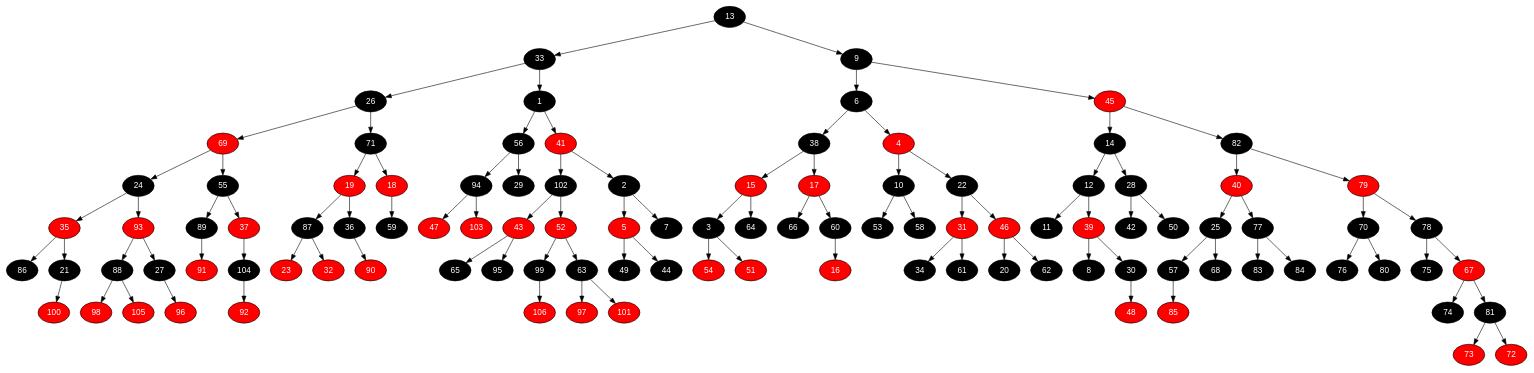
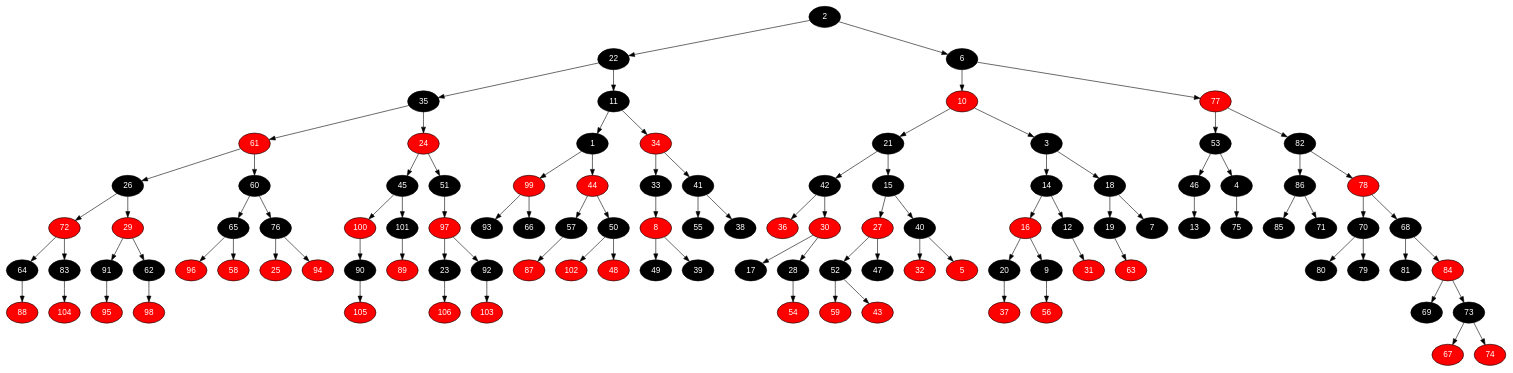
One commit to marcotuiio/Data_Structures changed the diagram in T3/outputs/02-mar-pequeno-3pares-naus_mc-01-tudo-baixo.dot. Above: the diagram before and after it, drawn with Graphviz. The commit also changed 634 other files, not shown here.

```diff
--- a/T3/outputs/02-mar-pequeno-3pares-naus_mc-01-tudo-baixo.dot
+++ b/T3/outputs/02-mar-pequeno-3pares-naus_mc-01-tudo-baixo.dot
@@ -3,217 +3,217 @@
 	edge [fontname="Helvetica,Arial,sans-serif" color="black"]
 
 	{
+		node [fillcolor=" black" fontcolor=" white"] 2 
+		node [fillcolor=" black" fontcolor=" white"] 22 
+		node [fillcolor=" black" fontcolor=" white"] 35 
+		node [fillcolor=" red" fontcolor=" white"] 61 
+		node [fillcolor=" black" fontcolor=" white"] 26 
+		node [fillcolor=" red" fontcolor=" white"] 72 
+		node [fillcolor=" black" fontcolor=" white"] 64 
+		node [fillcolor=" red" fontcolor=" white"] 88 
+		node [fillcolor=" black" fontcolor=" white"] 83 
+		node [fillcolor=" red" fontcolor=" white"] 104 
+		node [fillcolor=" red" fontcolor=" white"] 29 
+		node [fillcolor=" black" fontcolor=" white"] 91 
+		node [fillcolor=" red" fontcolor=" white"] 95 
+		node [fillcolor=" black" fontcolor=" white"] 62 
+		node [fillcolor=" red" fontcolor=" white"] 98 
+		node [fillcolor=" black" fontcolor=" white"] 60 
+		node [fillcolor=" black" fontcolor=" white"] 65 
+		node [fillcolor=" red" fontcolor=" white"] 96 
+		node [fillcolor=" red" fontcolor=" white"] 58 
+		node [fillcolor=" black" fontcolor=" white"] 76 
+		node [fillcolor=" red" fontcolor=" white"] 25 
+		node [fillcolor=" red" fontcolor=" white"] 94 
+		node [fillcolor=" red" fontcolor=" white"] 24 
+		node [fillcolor=" black" fontcolor=" white"] 45 
+		node [fillcolor=" red" fontcolor=" white"] 100 
+		node [fillcolor=" black" fontcolor=" white"] 90 
+		node [fillcolor=" red" fontcolor=" white"] 105 
+		node [fillcolor=" black" fontcolor=" white"] 101 
+		node [fillcolor=" red" fontcolor=" white"] 89 
+		node [fillcolor=" black" fontcolor=" white"] 51 
+		node [fillcolor=" red" fontcolor=" white"] 97 
+		node [fillcolor=" black" fontcolor=" white"] 23 
+		node [fillcolor=" red" fontcolor=" white"] 106 
+		node [fillcolor=" black" fontcolor=" white"] 92 
+		node [fillcolor=" red" fontcolor=" white"] 103 
+		node [fillcolor=" black" fontcolor=" white"] 11 
+		node [fillcolor=" black" fontcolor=" white"] 1 
+		node [fillcolor=" red" fontcolor=" white"] 99 
+		node [fillcolor=" black" fontcolor=" white"] 93 
+		node [fillcolor=" black" fontcolor=" white"] 66 
+		node [fillcolor=" red" fontcolor=" white"] 44 
+		node [fillcolor=" black" fontcolor=" white"] 57 
+		node [fillcolor=" red" fontcolor=" white"] 87 
+		node [fillcolor=" black" fontcolor=" white"] 50 
+		node [fillcolor=" red" fontcolor=" white"] 102 
+		node [fillcolor=" red" fontcolor=" white"] 48 
+		node [fillcolor=" red" fontcolor=" white"] 34 
+		node [fillcolor=" black" fontcolor=" white"] 33 
+		node [fillcolor=" red" fontcolor=" white"] 8 
+		node [fillcolor=" black" fontcolor=" white"] 49 
+		node [fillcolor=" black" fontcolor=" white"] 39 
+		node [fillcolor=" black" fontcolor=" white"] 41 
+		node [fillcolor=" black" fontcolor=" white"] 55 
+		node [fillcolor=" black" fontcolor=" white"] 38 
+		node [fillcolor=" black" fontcolor=" white"] 6 
+		node [fillcolor=" red" fontcolor=" white"] 10 
+		node [fillcolor=" black" fontcolor=" white"] 21 
+		node [fillcolor=" black" fontcolor=" white"] 42 
+		node [fillcolor=" red" fontcolor=" white"] 36 
+		node [fillcolor=" red" fontcolor=" white"] 30 
+		node [fillcolor=" black" fontcolor=" white"] 17 
+		node [fillcolor=" black" fontcolor=" white"] 28 
+		node [fillcolor=" red" fontcolor=" white"] 54 
+		node [fillcolor=" black" fontcolor=" white"] 15 
+		node [fillcolor=" red" fontcolor=" white"] 27 
+		node [fillcolor=" black" fontcolor=" white"] 52 
+		node [fillcolor=" red" fontcolor=" white"] 59 
+		node [fillcolor=" red" fontcolor=" white"] 43 
+		node [fillcolor=" black" fontcolor=" white"] 47 
+		node [fillcolor=" black" fontcolor=" white"] 40 
+		node [fillcolor=" red" fontcolor=" white"] 32 
+		node [fillcolor=" red" fontcolor=" white"] 5 
+		node [fillcolor=" black" fontcolor=" white"] 3 
+		node [fillcolor=" black" fontcolor=" white"] 14 
+		node [fillcolor=" red" fontcolor=" white"] 16 
+		node [fillcolor=" black" fontcolor=" white"] 20 
+		node [fillcolor=" red" fontcolor=" white"] 37 
+		node [fillcolor=" black" fontcolor=" white"] 9 
+		node [fillcolor=" red" fontcolor=" white"] 56 
+		node [fillcolor=" black" fontcolor=" white"] 12 
+		node [fillcolor=" red" fontcolor=" white"] 31 
+		node [fillcolor=" black" fontcolor=" white"] 18 
+		node [fillcolor=" black" fontcolor=" white"] 19 
+		node [fillcolor=" red" fontcolor=" white"] 63 
+		node [fillcolor=" black" fontcolor=" white"] 7 
+		node [fillcolor=" red" fontcolor=" white"] 77 
+		node [fillcolor=" black" fontcolor=" white"] 53 
+		node [fillcolor=" black" fontcolor=" white"] 46 
 		node [fillcolor=" black" fontcolor=" white"] 13 
-		node [fillcolor=" black" fontcolor=" white"] 33 
-		node [fillcolor=" black" fontcolor=" white"] 26 
-		node [fillcolor=" red" fontcolor=" white"] 69 
-		node [fillcolor=" black" fontcolor=" white"] 24 
-		node [fillcolor=" red" fontcolor=" white"] 35 
+		node [fillcolor=" black" fontcolor=" white"] 4 
+		node [fillcolor=" black" fontcolor=" white"] 75 
+		node [fillcolor=" black" fontcolor=" white"] 82 
 		node [fillcolor=" black" fontcolor=" white"] 86 
-		node [fillcolor=" black" fontcolor=" white"] 21 
-		node [fillcolor=" red" fontcolor=" white"] 100 
-		node [fillcolor=" red" fontcolor=" white"] 93 
-		node [fillcolor=" black" fontcolor=" white"] 88 
-		node [fillcolor=" red" fontcolor=" white"] 98 
-		node [fillcolor=" red" fontcolor=" white"] 105 
-		node [fillcolor=" black" fontcolor=" white"] 27 
-		node [fillcolor=" red" fontcolor=" white"] 96 
-		node [fillcolor=" black" fontcolor=" white"] 55 
-		node [fillcolor=" black" fontcolor=" white"] 89 
-		node [fillcolor=" red" fontcolor=" white"] 91 
-		node [fillcolor=" red" fontcolor=" white"] 37 
-		node [fillcolor=" black" fontcolor=" white"] 104 
-		node [fillcolor=" red" fontcolor=" white"] 92 
+		node [fillcolor=" black" fontcolor=" white"] 85 
 		node [fillcolor=" black" fontcolor=" white"] 71 
-		node [fillcolor=" red" fontcolor=" white"] 19 
-		node [fillcolor=" black" fontcolor=" white"] 87 
-		node [fillcolor=" red" fontcolor=" white"] 23 
-		node [fillcolor=" red" fontcolor=" white"] 32 
-		node [fillcolor=" black" fontcolor=" white"] 36 
-		node [fillcolor=" red" fontcolor=" white"] 90 
-		node [fillcolor=" red" fontcolor=" white"] 18 
-		node [fillcolor=" black" fontcolor=" white"] 59 
-		node [fillcolor=" black" fontcolor=" white"] 1 
-		node [fillcolor=" black" fontcolor=" white"] 56 
-		node [fillcolor=" black" fontcolor=" white"] 94 
-		node [fillcolor=" red" fontcolor=" white"] 47 
-		node [fillcolor=" red" fontcolor=" white"] 103 
-		node [fillcolor=" black" fontcolor=" white"] 29 
-		node [fillcolor=" red" fontcolor=" white"] 41 
-		node [fillcolor=" black" fontcolor=" white"] 102 
-		node [fillcolor=" red" fontcolor=" white"] 43 
-		node [fillcolor=" black" fontcolor=" white"] 65 
-		node [fillcolor=" black" fontcolor=" white"] 95 
-		node [fillcolor=" red" fontcolor=" white"] 52 
-		node [fillcolor=" black" fontcolor=" white"] 99 
-		node [fillcolor=" red" fontcolor=" white"] 106 
-		node [fillcolor=" black" fontcolor=" white"] 63 
-		node [fillcolor=" red" fontcolor=" white"] 97 
-		node [fillcolor=" red" fontcolor=" white"] 101 
-		node [fillcolor=" black" fontcolor=" white"] 2 
-		node [fillcolor=" red" fontcolor=" white"] 5 
-		node [fillcolor=" black" fontcolor=" white"] 49 
-		node [fillcolor=" black" fontcolor=" white"] 44 
-		node [fillcolor=" black" fontcolor=" white"] 7 
-		node [fillcolor=" black" fontcolor=" white"] 9 
-		node [fillcolor=" black" fontcolor=" white"] 6 
-		node [fillcolor=" black" fontcolor=" white"] 38 
-		node [fillcolor=" red" fontcolor=" white"] 15 
-		node [fillcolor=" black" fontcolor=" white"] 3 
-		node [fillcolor=" red" fontcolor=" white"] 54 
-		node [fillcolor=" red" fontcolor=" white"] 51 
-		node [fillcolor=" black" fontcolor=" white"] 64 
-		node [fillcolor=" red" fontcolor=" white"] 17 
-		node [fillcolor=" black" fontcolor=" white"] 66 
-		node [fillcolor=" black" fontcolor=" white"] 60 
-		node [fillcolor=" red" fontcolor=" white"] 16 
-		node [fillcolor=" red" fontcolor=" white"] 4 
-		node [fillcolor=" black" fontcolor=" white"] 10 
-		node [fillcolor=" black" fontcolor=" white"] 53 
-		node [fillcolor=" black" fontcolor=" white"] 58 
-		node [fillcolor=" black" fontcolor=" white"] 22 
-		node [fillcolor=" red" fontcolor=" white"] 31 
-		node [fillcolor=" black" fontcolor=" white"] 34 
-		node [fillcolor=" black" fontcolor=" white"] 61 
-		node [fillcolor=" red" fontcolor=" white"] 46 
-		node [fillcolor=" black" fontcolor=" white"] 20 
-		node [fillcolor=" black" fontcolor=" white"] 62 
-		node [fillcolor=" red" fontcolor=" white"] 45 
-		node [fillcolor=" black" fontcolor=" white"] 14 
-		node [fillcolor=" black" fontcolor=" white"] 12 
-		node [fillcolor=" black" fontcolor=" white"] 11 
-		node [fillcolor=" red" fontcolor=" white"] 39 
-		node [fillcolor=" black" fontcolor=" white"] 8 
-		node [fillcolor=" black" fontcolor=" white"] 30 
-		node [fillcolor=" red" fontcolor=" white"] 48 
-		node [fillcolor=" black" fontcolor=" white"] 28 
-		node [fillcolor=" black" fontcolor=" white"] 42 
-		node [fillcolor=" black" fontcolor=" white"] 50 
-		node [fillcolor=" black" fontcolor=" white"] 82 
-		node [fillcolor=" red" fontcolor=" white"] 40 
-		node [fillcolor=" black" fontcolor=" white"] 25 
-		node [fillcolor=" black" fontcolor=" white"] 57 
-		node [fillcolor=" red" fontcolor=" white"] 85 
+		node [fillcolor=" red" fontcolor=" white"] 78 
+		node [fillcolor=" black" fontcolor=" white"] 70 
+		node [fillcolor=" black" fontcolor=" white"] 80 
+		node [fillcolor=" black" fontcolor=" white"] 79 
 		node [fillcolor=" black" fontcolor=" white"] 68 
-		node [fillcolor=" black" fontcolor=" white"] 77 
-		node [fillcolor=" black" fontcolor=" white"] 83 
-		node [fillcolor=" black" fontcolor=" white"] 84 
-		node [fillcolor=" red" fontcolor=" white"] 79 
-		node [fillcolor=" black" fontcolor=" white"] 70 
-		node [fillcolor=" black" fontcolor=" white"] 76 
-		node [fillcolor=" black" fontcolor=" white"] 80 
-		node [fillcolor=" black" fontcolor=" white"] 78 
-		node [fillcolor=" black" fontcolor=" white"] 75 
+		node [fillcolor=" black" fontcolor=" white"] 81 
+		node [fillcolor=" red" fontcolor=" white"] 84 
+		node [fillcolor=" black" fontcolor=" white"] 69 
+		node [fillcolor=" black" fontcolor=" white"] 73 
 		node [fillcolor=" red" fontcolor=" white"] 67 
-		node [fillcolor=" black" fontcolor=" white"] 74 
-		node [fillcolor=" black" fontcolor=" white"] 81 
-		node [fillcolor=" red" fontcolor=" white"] 73 
-		node [fillcolor=" red" fontcolor=" white"] 72 
+		node [fillcolor=" red" fontcolor=" white"] 74 
 	}
 
-	13 -> 33 
-	13 -> 9 
-	33 -> 26 
-	33 -> 1 
-	26 -> 69 
-	26 -> 71 
-	69 -> 24 
-	69 -> 55 
-	24 -> 35 
-	24 -> 93 
-	35 -> 86 
-	35 -> 21 
-	21 -> 100 
-	93 -> 88 
-	93 -> 27 
-	88 -> 98 
-	88 -> 105 
-	27 -> 96 
-	55 -> 89 
-	55 -> 37 
-	89 -> 91 
-	37 -> 104 
-	104 -> 92 
-	71 -> 19 
-	71 -> 18 
-	19 -> 87 
-	19 -> 36 
-	87 -> 23 
-	87 -> 32 
-	36 -> 90 
-	18 -> 59 
-	1 -> 56 
-	1 -> 41 
-	56 -> 94 
-	56 -> 29 
-	94 -> 47 
-	94 -> 103 
-	41 -> 102 
-	41 -> 2 
-	102 -> 43 
-	102 -> 52 
-	43 -> 65 
-	43 -> 95 
-	52 -> 99 
-	52 -> 63 
-	99 -> 106 
-	63 -> 97 
-	63 -> 101 
-	2 -> 5 
-	2 -> 7 
-	5 -> 49 
-	5 -> 44 
-	9 -> 6 
-	9 -> 45 
-	6 -> 38 
-	6 -> 4 
-	38 -> 15 
-	38 -> 17 
-	15 -> 3 
-	15 -> 64 
-	3 -> 54 
-	3 -> 51 
-	17 -> 66 
-	17 -> 60 
-	60 -> 16 
-	4 -> 10 
-	4 -> 22 
-	10 -> 53 
-	10 -> 58 
-	22 -> 31 
-	22 -> 46 
-	31 -> 34 
-	31 -> 61 
-	46 -> 20 
-	46 -> 62 
-	45 -> 14 
-	45 -> 82 
+	2 -> 22 
+	2 -> 6 
+	22 -> 35 
+	22 -> 11 
+	35 -> 61 
+	35 -> 24 
+	61 -> 26 
+	61 -> 60 
+	26 -> 72 
+	26 -> 29 
+	72 -> 64 
+	72 -> 83 
+	64 -> 88 
+	83 -> 104 
+	29 -> 91 
+	29 -> 62 
+	91 -> 95 
+	62 -> 98 
+	60 -> 65 
+	60 -> 76 
+	65 -> 96 
+	65 -> 58 
+	76 -> 25 
+	76 -> 94 
+	24 -> 45 
+	24 -> 51 
+	45 -> 100 
+	45 -> 101 
+	100 -> 90 
+	90 -> 105 
+	101 -> 89 
+	51 -> 97 
+	97 -> 23 
+	97 -> 92 
+	23 -> 106 
+	92 -> 103 
+	11 -> 1 
+	11 -> 34 
+	1 -> 99 
+	1 -> 44 
+	99 -> 93 
+	99 -> 66 
+	44 -> 57 
+	44 -> 50 
+	57 -> 87 
+	50 -> 102 
+	50 -> 48 
+	34 -> 33 
+	34 -> 41 
+	33 -> 8 
+	8 -> 49 
+	8 -> 39 
+	41 -> 55 
+	41 -> 38 
+	6 -> 10 
+	6 -> 77 
+	10 -> 21 
+	10 -> 3 
+	21 -> 42 
+	21 -> 15 
+	42 -> 36 
+	42 -> 30 
+	30 -> 17 
+	30 -> 28 
+	28 -> 54 
+	15 -> 27 
+	15 -> 40 
+	27 -> 52 
+	27 -> 47 
+	52 -> 59 
+	52 -> 43 
+	40 -> 32 
+	40 -> 5 
+	3 -> 14 
+	3 -> 18 
+	14 -> 16 
 	14 -> 12 
-	14 -> 28 
-	12 -> 11 
-	12 -> 39 
-	39 -> 8 
-	39 -> 30 
-	30 -> 48 
-	28 -> 42 
-	28 -> 50 
-	82 -> 40 
-	82 -> 79 
-	40 -> 25 
-	40 -> 77 
-	25 -> 57 
-	25 -> 68 
-	57 -> 85 
-	77 -> 83 
-	77 -> 84 
-	79 -> 70 
-	79 -> 78 
-	70 -> 76 
+	16 -> 20 
+	16 -> 9 
+	20 -> 37 
+	9 -> 56 
+	12 -> 31 
+	18 -> 19 
+	18 -> 7 
+	19 -> 63 
+	77 -> 53 
+	77 -> 82 
+	53 -> 46 
+	53 -> 4 
+	46 -> 13 
+	4 -> 75 
+	82 -> 86 
+	82 -> 78 
+	86 -> 85 
+	86 -> 71 
+	78 -> 70 
+	78 -> 68 
 	70 -> 80 
-	78 -> 75 
-	78 -> 67 
-	67 -> 74 
-	67 -> 81 
-	81 -> 73 
-	81 -> 72 
+	70 -> 79 
+	68 -> 81 
+	68 -> 84 
+	84 -> 69 
+	84 -> 73 
+	73 -> 67 
+	73 -> 74 
 }
```
